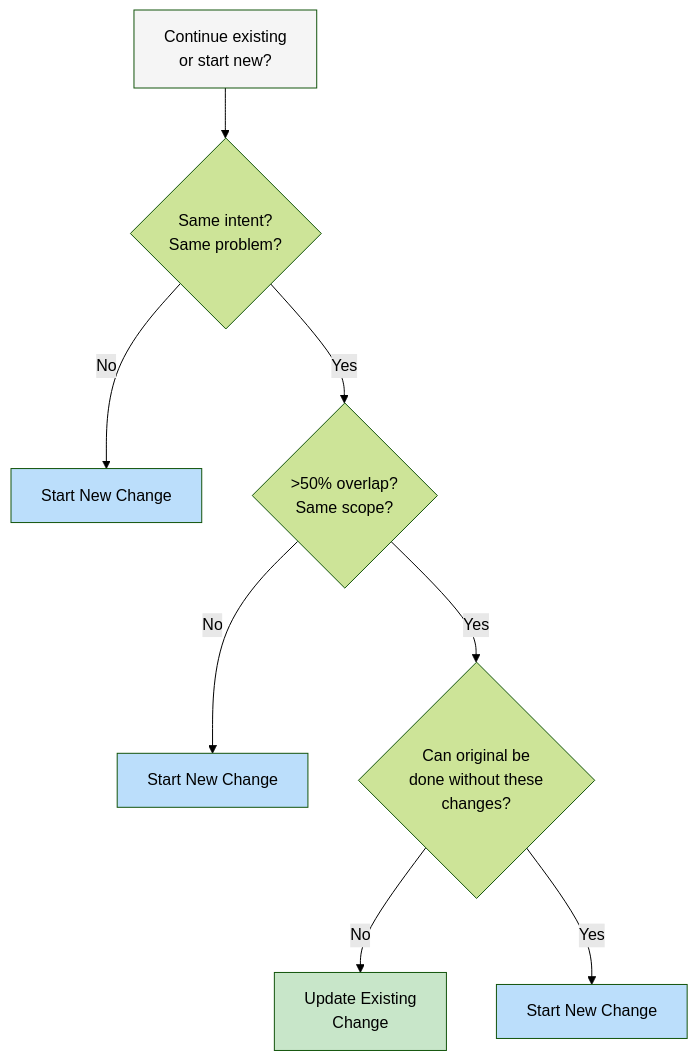
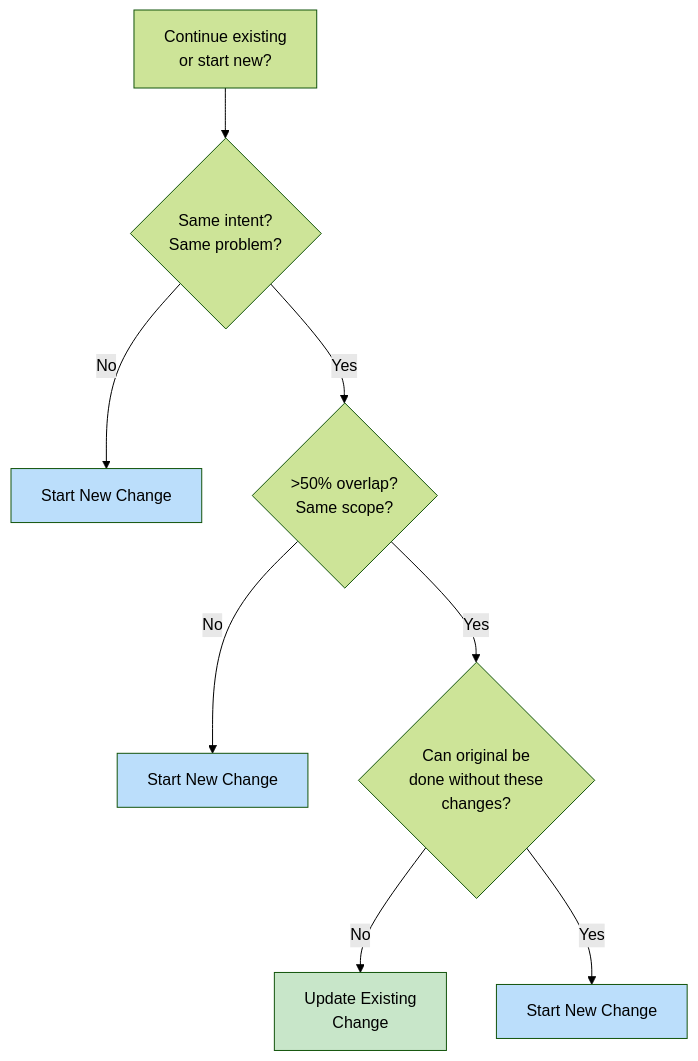
One commit to amauryconstant/openspec-extended changed the sixth of 6 diagrams in resources/claude/skills/openspec-concepts/SKILL.md. Above: the diagram before and after it, drawn with Mermaid (forest theme). The commit also changed other lines of this file and 13 other files, not shown here.

First line of the commit message:
Restructure openspec-concepts with anti-patterns and JSON schemas

````diff
--- a/resources/claude/skills/openspec-concepts/SKILL.md
+++ b/resources/claude/skills/openspec-concepts/SKILL.md
@@ -494,28 +286,27 @@
 ```mermaid
 graph TB
     start["Continue existing<br/>or start new?"]
     
     q1{"Same intent?<br/>Same problem?"}
     new1["Start New Change"]
     
     q2{">50% overlap?<br/>Same scope?"}
     new2["Start New Change"]
     
     q3{"Can original be<br/>done without these<br/>changes?"}
     update["Update Existing<br/>Change"]
     new3["Start New Change"]
     
     start --> q1
     q1 -->|"No"| new1
     q1 -->|"Yes"| q2
     q2 -->|"No"| new2
     q2 -->|"Yes"| q3
     q3 -->|"No"| update
     q3 -->|"Yes"| new3
     
-    style start fill:#f5f5f5
     style update fill:#c8e6c9
     style new1 fill:#bbdefb
     style new2 fill:#bbdefb
     style new3 fill:#bbdefb
 ```
````
